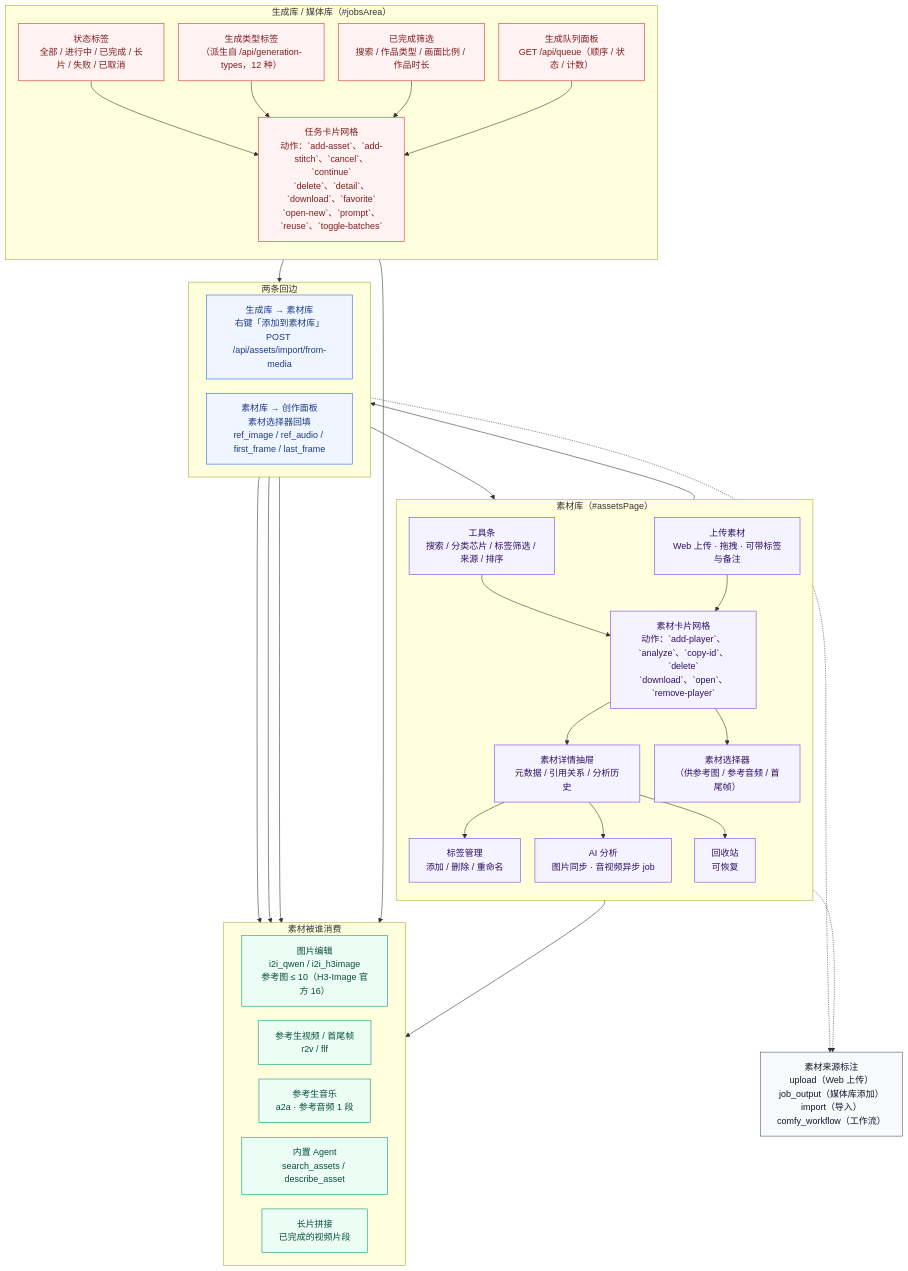
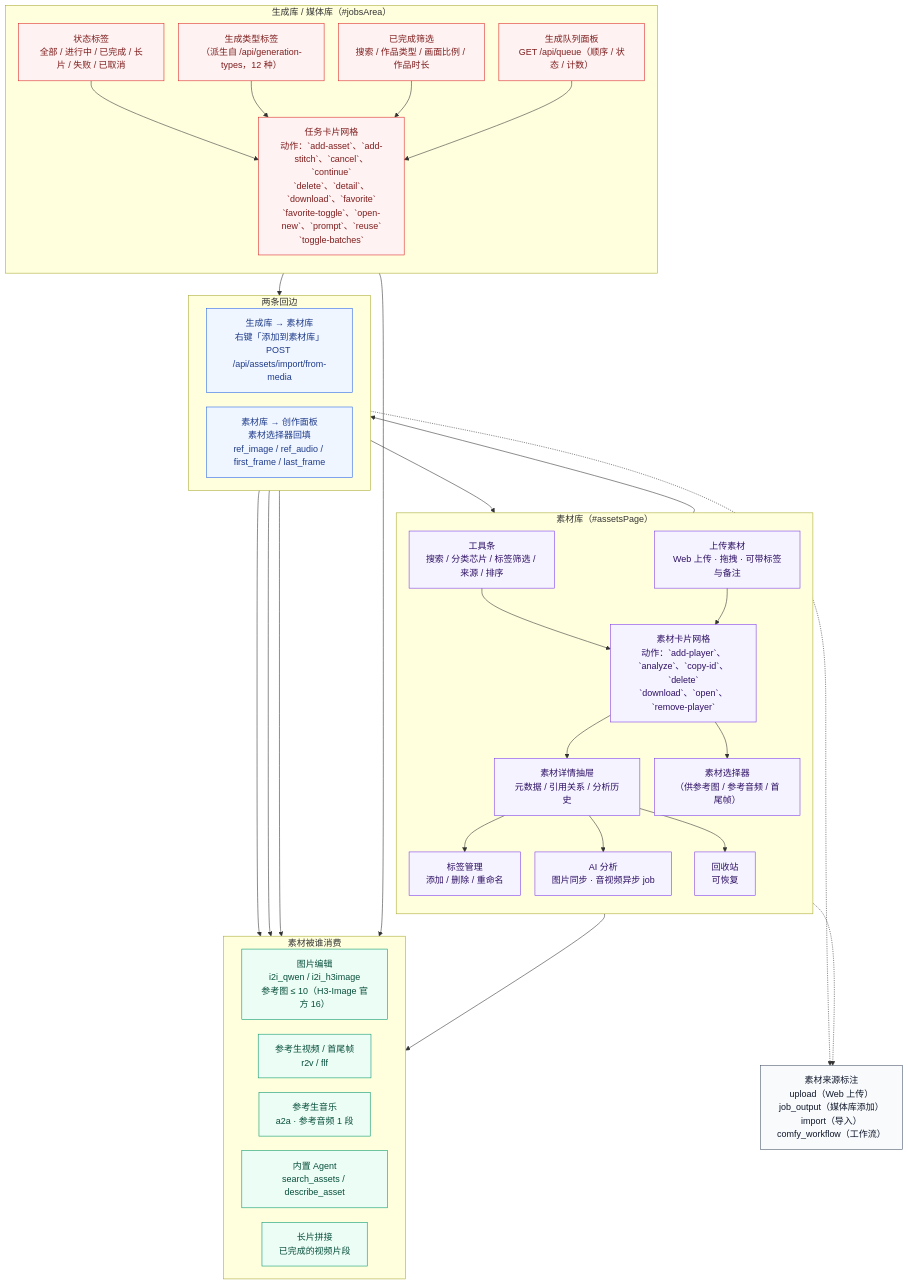
Before and after one commit to pixelaigc/ComfyUI-MiniMax-H3-Studio: the diagram in docs/交互流程图-素材库.mmd, drawn with Mermaid. The commit also changed 141 other files, not shown here.

```diff
--- a/docs/交互流程图-素材库.mmd
+++ b/docs/交互流程图-素材库.mmd
@@ -1,78 +1,78 @@
 %%{init: {"flowchart": {"curve": "basis", "nodeSpacing": 26, "rankSpacing": 40, "htmlLabels": true}, "themeVariables": {"fontFamily": "Noto Sans CJK SC, Noto Sans SC, DejaVu Sans, sans-serif"}}}%%
 %% 交互流程图 · ② 素材库（assets）与生成库（jobs）的双向联动
 %% 本文件由 scripts/gen_flow.py 从 scripts/templates/flow-assets.mmd 生成，请勿手改。
 %% 要改流程形状请改 scripts/templates/flow-assets.mmd，然后跑 `make flow`。
 flowchart TD
 
   subgraph LIB["素材库（#assetsPage）"]
     direction TB
     A_TOOLBAR["工具条<br/>搜索 / 分类芯片 / 标签筛选 / 来源 / 排序"]
     A_UP["上传素材<br/>Web 上传 · 拖拽 · 可带标签与备注"]
     A_GRID["素材卡片网格<br/>动作：`add-player`、`analyze`、`copy-id`、`delete`<br/>`download`、`open`、`remove-player`"]
     A_DRAWER["素材详情抽屉<br/>元数据 / 引用关系 / 分析历史"]
     A_TAG["标签管理<br/>添加 / 删除 / 重命名"]
     A_ANALYZE["AI 分析<br/>图片同步 · 音视频异步 job"]
     A_TRASH["回收站<br/>可恢复"]
     A_PICKER["素材选择器<br/>（供参考图 / 参考音频 / 首尾帧）"]
   end
 
   A_TOOLBAR --> A_GRID
   A_UP --> A_GRID
   A_GRID --> A_DRAWER
   A_DRAWER --> A_TAG
   A_DRAWER --> A_ANALYZE
   A_DRAWER --> A_TRASH
 
   subgraph JOBS["生成库 / 媒体库（#jobsArea）"]
     direction TB
     J_TABS["状态标签<br/>全部 / 进行中 / 已完成 / 长片 / 失败 / 已取消"]
     J_TYPES["生成类型标签<br/>（派生自 /api/generation-types，12 种）"]
     J_FILTER["已完成筛选<br/>搜索 / 作品类型 / 画面比例 / 作品时长"]
-    J_GRID["任务卡片网格<br/>动作：`add-asset`、`add-stitch`、`cancel`、`continue`<br/>`delete`、`detail`、`download`、`favorite`<br/>`open-new`、`prompt`、`reuse`、`toggle-batches`"]
+    J_GRID["任务卡片网格<br/>动作：`add-asset`、`add-stitch`、`cancel`、`continue`<br/>`delete`、`detail`、`download`、`favorite`<br/>`favorite-toggle`、`open-new`、`prompt`、`reuse`<br/>`toggle-batches`"]
     J_QUEUE["生成队列面板<br/>GET /api/queue（顺序 / 状态 / 计数）"]
   end
 
   J_TABS --> J_GRID
   J_TYPES --> J_GRID
   J_FILTER --> J_GRID
   J_QUEUE --> J_GRID
   subgraph FLOW["两条回边"]
     direction LR
     J2A["生成库 → 素材库<br/>右键「添加到素材库」<br/>POST /api/assets/import/from-media"]
     A2J["素材库 → 创作面板<br/>素材选择器回填<br/>ref_image / ref_audio / first_frame / last_frame"]
   end
 
   J_GRID --> J2A --> A_GRID
   A_GRID --> A_PICKER --> A2J
 
   subgraph CONSUMERS["素材被谁消费"]
     direction LR
     C_IMG["图片编辑<br/>i2i_qwen / i2i_h3image<br/>参考图 ≤ 10（H3-Image 官方 16）"]
     C_VID["参考生视频 / 首尾帧<br/>r2v / flf"]
     C_AUD["参考生音乐<br/>a2a · 参考音频 1 段"]
     C_AG["内置 Agent<br/>search_assets / describe_asset"]
     C_STITCH["长片拼接<br/>已完成的视频片段"]
   end
 
   A2J --> C_IMG
   A2J --> C_VID
   A2J --> C_AUD
   A_GRID --> C_AG
   J_GRID --> C_STITCH
 
   NOTE["素材来源标注<br/>upload（Web 上传）<br/>job_output（媒体库添加）<br/>import（导入）<br/>comfy_workflow（工作流）"]
 
   A_UP -.-> NOTE
   J2A -.-> NOTE
 
   classDef lib fill:#f5f3ff,stroke:#7c3aed,stroke-width:1px,color:#2e1065;
   classDef jobs fill:#fef2f2,stroke:#dc2626,stroke-width:1px,color:#7f1d1d;
   classDef flow fill:#eff6ff,stroke:#2563eb,stroke-width:1px,color:#1e3a8a;
   classDef use fill:#ecfdf5,stroke:#059669,stroke-width:1px,color:#064e3b;
   classDef note fill:#f8fafc,stroke:#475569,stroke-width:1px,color:#0f172a;
 
   class A_TOOLBAR,A_UP,A_GRID,A_DRAWER,A_TAG,A_ANALYZE,A_TRASH,A_PICKER lib;
   class J_TABS,J_TYPES,J_FILTER,J_GRID,J_QUEUE jobs;
   class J2A,A2J flow;
   class C_IMG,C_VID,C_AUD,C_AG,C_STITCH use;
   class NOTE note;
```
